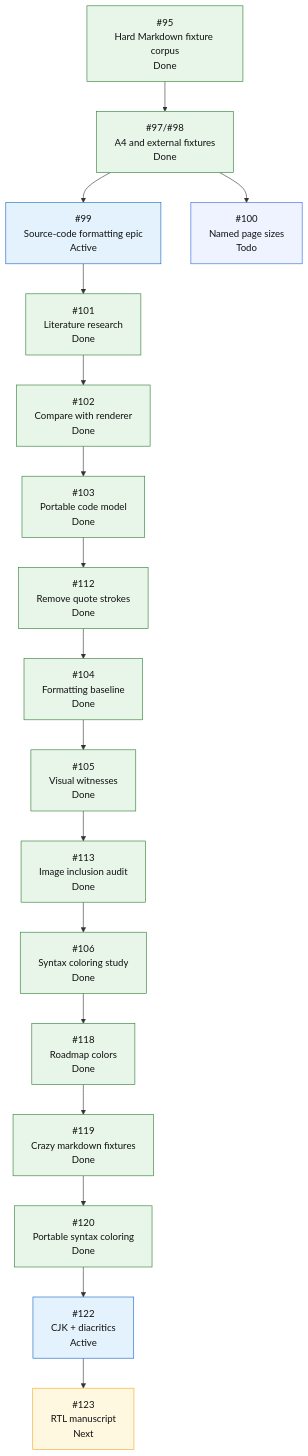
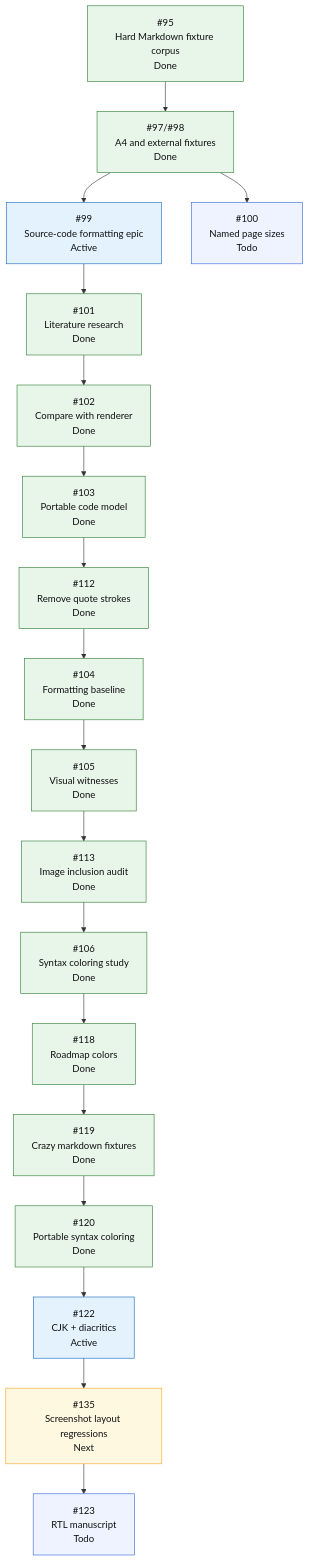
Before and after one commit to mihaelamj/MarkdownPDF: the fifth of 5 diagrams in README.md, drawn with Mermaid. The commit also changed other lines of this file, not shown here.

Commit message:
docs(roadmap): queue screenshot layout regressions

````diff
--- a/README.md
+++ b/README.md
@@ -442,36 +445,37 @@
 ```mermaid
 flowchart TD
     H0["#95<br/>Hard Markdown fixture corpus<br/>Done"]
     H1["#97/#98<br/>A4 and external fixtures<br/>Done"]
     H2["#99<br/>Source-code formatting epic<br/>Active"]
     H2A["#101<br/>Literature research<br/>Done"]
     H2B["#102<br/>Compare with renderer<br/>Done"]
     H2C["#103<br/>Portable code model<br/>Done"]
     H2D["#112<br/>Remove quote strokes<br/>Done"]
     H2E["#104<br/>Formatting baseline<br/>Done"]
     H2F["#105<br/>Visual witnesses<br/>Done"]
     H2G["#113<br/>Image inclusion audit<br/>Done"]
     H2H["#106<br/>Syntax coloring study<br/>Done"]
     H2I["#118<br/>Roadmap colors<br/>Done"]
     H2J["#119<br/>Crazy markdown fixtures<br/>Done"]
     H2K["#120<br/>Portable syntax coloring<br/>Done"]
     H2L["#122<br/>CJK + diacritics<br/>Active"]
-    H2M["#123<br/>RTL manuscript<br/>Next"]
+    H2M["#135<br/>Screenshot layout regressions<br/>Next"]
+    H2N["#123<br/>RTL manuscript<br/>Todo"]
     H3["#100<br/>Named page sizes<br/>Todo"]
 
     H0 --> H1
     H1 --> H2
-    H2 --> H2A --> H2B --> H2C --> H2D --> H2E --> H2F --> H2G --> H2H --> H2I --> H2J --> H2K --> H2L --> H2M
+    H2 --> H2A --> H2B --> H2C --> H2D --> H2E --> H2F --> H2G --> H2H --> H2I --> H2J --> H2K --> H2L --> H2M --> H2N
     H1 --> H3
 
     classDef done fill:#e8f5e9,stroke:#2e7d32,color:#111;
     classDef active fill:#e3f2fd,stroke:#1565c0,color:#111;
     classDef review fill:#f3e5f5,stroke:#7b1fa2,color:#111;
     classDef next fill:#fff8e1,stroke:#f9a825,color:#111;
     classDef todo fill:#eef3ff,stroke:#3367d6,color:#111;
     class H0,H1 done;
     class H2,H2L active;
     class H2A,H2B,H2C,H2D,H2E,H2F,H2G,H2H,H2I,H2J,H2K done;
     class H2M next;
-    class H3 todo;
+    class H2N,H3 todo;
 ```
````
